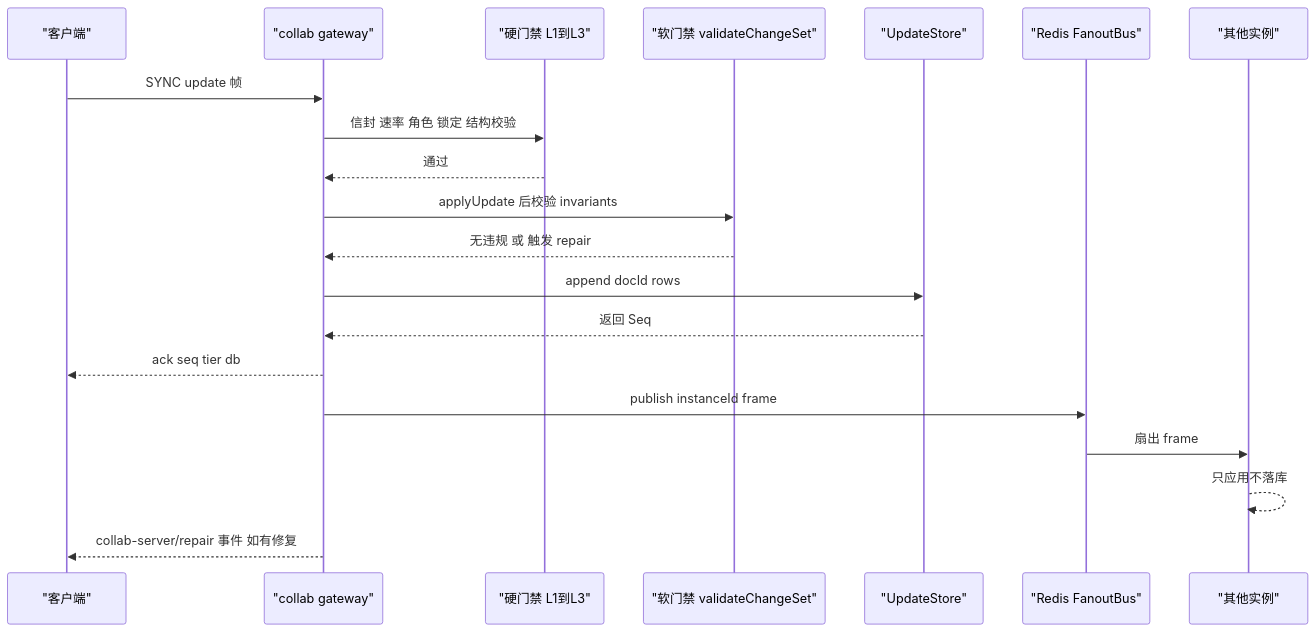
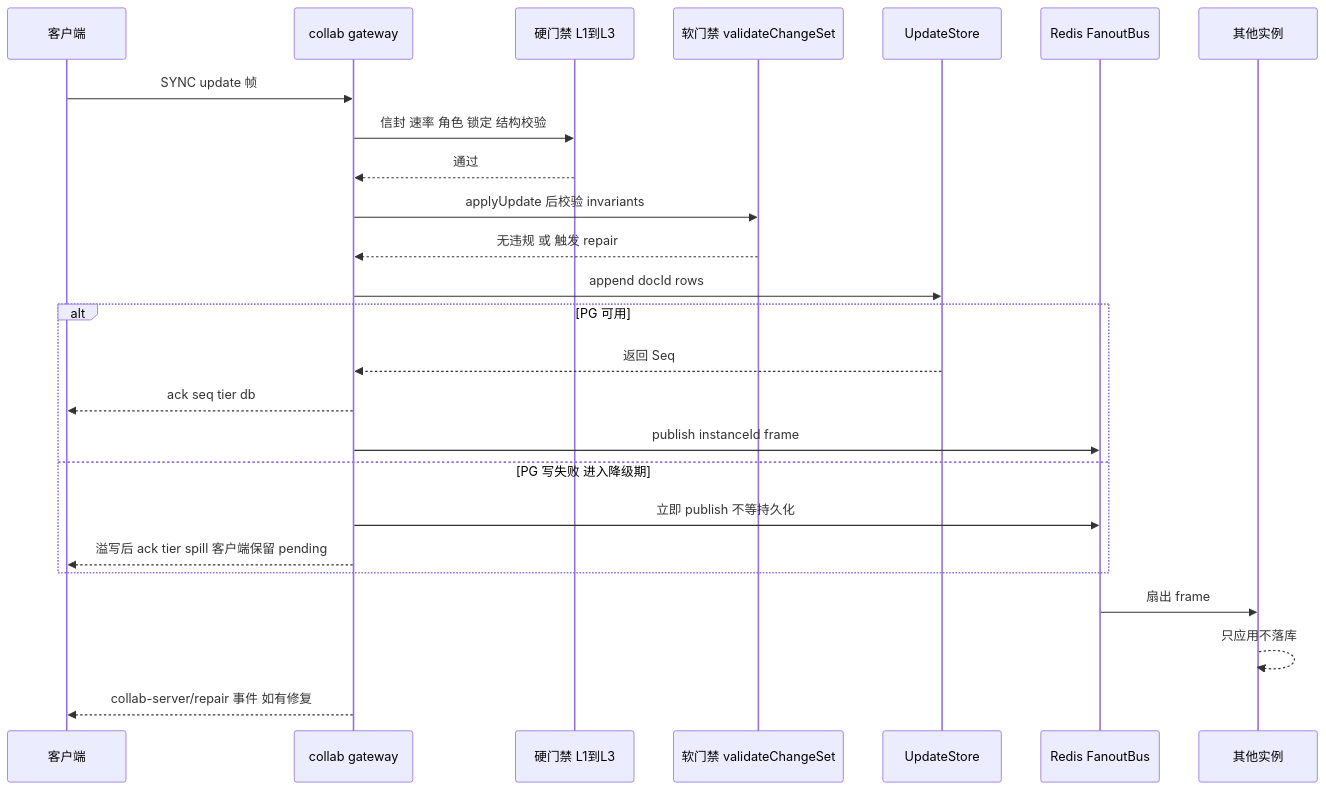
Before and after one commit to Xeonice/cordis-ppt-editor: the fifth of 11 diagrams in docs/40-modules/09-server-collab-gateway-and-headless-host.md, drawn with Mermaid. The commit also changed other lines of this file and 22 other files, not shown here.

First line of the commit message:
docs(modules): 新增架构图集 18/19，补图并按 §4.18 回写模块设计线

````diff
--- a/docs/40-modules/09-server-collab-gateway-and-headless-host.md
+++ b/docs/40-modules/09-server-collab-gateway-and-headless-host.md
@@ -319,22 +365,27 @@
 ```mermaid
 sequenceDiagram
-participant client as "客户端"
-participant gateway as "collab gateway"
-participant hardGate as "硬门禁 L1到L3"
-participant softGate as "软门禁 validateChangeSet"
-participant store as "UpdateStore"
-participant fanout as "Redis FanoutBus"
-participant other as "其他实例"
+participant client as 客户端
+participant gateway as collab gateway
+participant hardGate as 硬门禁 L1到L3
+participant softGate as 软门禁 validateChangeSet
+participant store as UpdateStore
+participant fanout as Redis FanoutBus
+participant other as 其他实例
 client->>gateway: SYNC update 帧
 gateway->>hardGate: 信封 速率 角色 锁定 结构校验
 hardGate-->>gateway: 通过
 gateway->>softGate: applyUpdate 后校验 invariants
 softGate-->>gateway: 无违规 或 触发 repair
 gateway->>store: append docId rows
-store-->>gateway: 返回 Seq
-gateway-->>client: ack seq tier db
-gateway->>fanout: publish instanceId frame
+alt PG 可用
+  store-->>gateway: 返回 Seq
+  gateway-->>client: ack seq tier db
+  gateway->>fanout: publish instanceId frame
+else PG 写失败 进入降级期
+  gateway->>fanout: 立即 publish 不等持久化
+  gateway-->>client: 溢写后 ack tier spill 客户端保留 pending
+end
 fanout->>other: 扇出 frame
 other-->>other: 只应用不落库
 gateway-->>client: collab-server/repair 事件 如有修复
 ```
````
